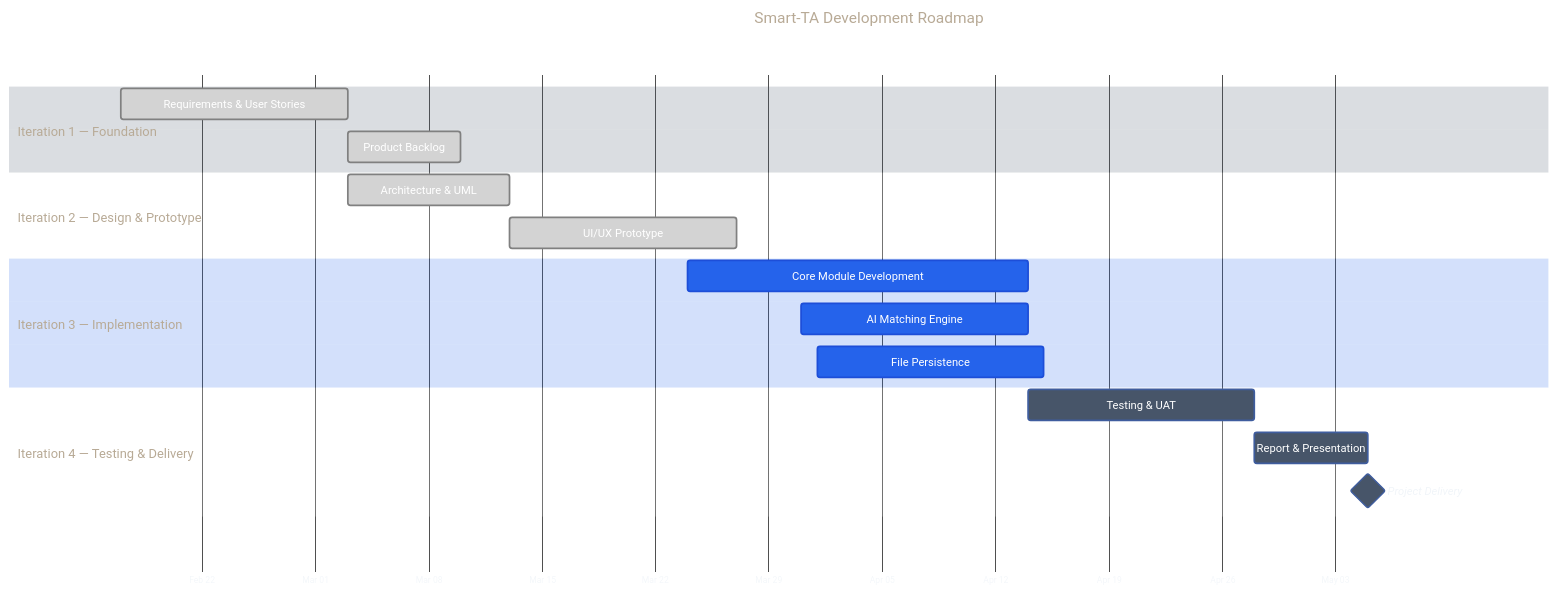
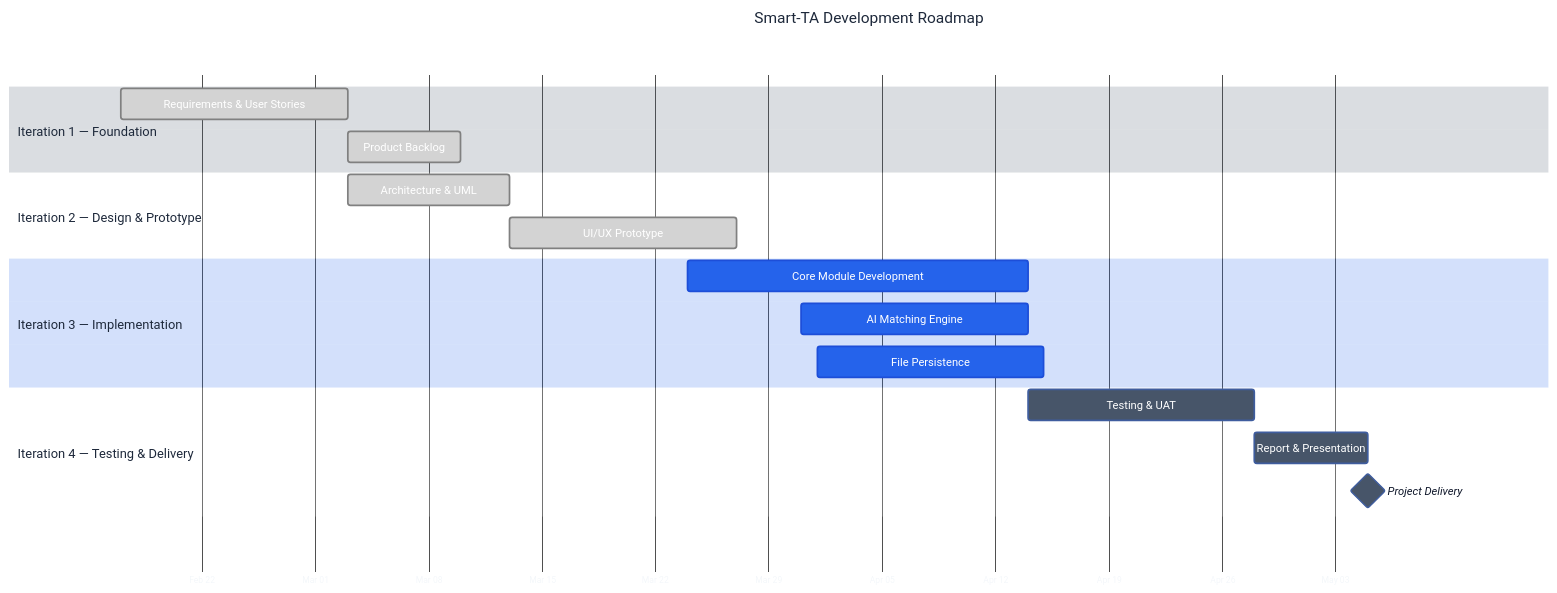
The second of 2 diagrams in README.md (easyknowledge/Teaching-Assistant-Recruitment-System), drawn with Mermaid before and after one commit.

````diff
--- a/README.md
+++ b/README.md
@@ -199,25 +199,25 @@
 ```mermaid
-%%{init: {'theme':'base','themeVariables':{'primaryColor':'#2563eb','primaryTextColor':'#ffffff','secondaryColor':'#64748b','tertiaryColor':'#475569','lineColor':'#94a3b8','textColor':'#f1f5f9','taskBkgColor':'#475569','taskTextColor':'#ffffff','taskTextLightColor':'#ffffff','taskTextDarkColor':'#ffffff','activeTaskBkgColor':'#2563eb','activeTaskBorderColor':'#1d4ed8','gridColor':'#334155','todayLineColor':'#ef4444'},'gantt':{'useWidth':2000,'useMaxWidth':true,'leftPadding':130,'rightPadding':420,'barHeight':36,'barGap':14,'fontSize':13,'sectionFontSize':15,'titleTopMargin':36,'topPadding':112}}}%%
+%%{init: {'theme':'base','themeVariables':{'primaryColor':'#2563eb','primaryTextColor':'#ffffff','secondaryColor':'#64748b','tertiaryColor':'#475569','lineColor':'#94a3b8','textColor':'#f1f5f9','titleColor':'#1e293b','taskBkgColor':'#475569','taskTextColor':'#ffffff','taskTextLightColor':'#ffffff','taskTextDarkColor':'#ffffff','taskTextOutsideColor':'#0f172a','activeTaskBkgColor':'#2563eb','activeTaskBorderColor':'#1d4ed8','gridColor':'#334155','todayLineColor':'#ef4444'},'gantt':{'useWidth':2000,'useMaxWidth':true,'leftPadding':130,'rightPadding':420,'barHeight':36,'barGap':14,'fontSize':13,'sectionFontSize':15,'titleTopMargin':36,'topPadding':112}}}%%
 gantt
     title Smart-TA Development Roadmap
     dateFormat  YYYY-MM-DD
     axisFormat  %b %d
 
     section Iteration 1 — Foundation
     Requirements & User Stories                     :done, i1a, 2026-02-17, 14d
     Product Backlog                                 :done, i1b, after i1a, 7d
 
     section Iteration 2 — Design & Prototype
     Architecture & UML                              :done, i2a, 2026-03-03, 10d
     UI/UX Prototype                                 :done, i2b, after i2a, 14d
 
     section Iteration 3 — Implementation
     Core Module Development                         :active, i3a, 2026-03-24, 21d
     AI Matching Engine                              :active, i3b, 2026-03-31, 14d
     File Persistence                                :active, i3c, 2026-04-01, 14d
 
     section Iteration 4 — Testing & Delivery
     Testing & UAT                                   :i4a, 2026-04-14, 14d
     Report & Presentation                           :i4b, after i4a, 7d
     Project Delivery                                :milestone, 2026-05-05, 0d
 ```
````
